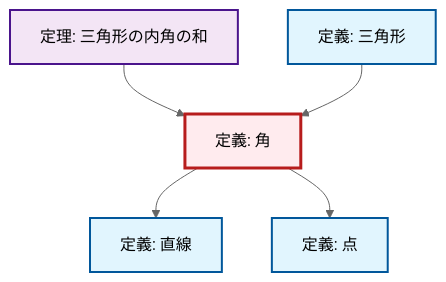
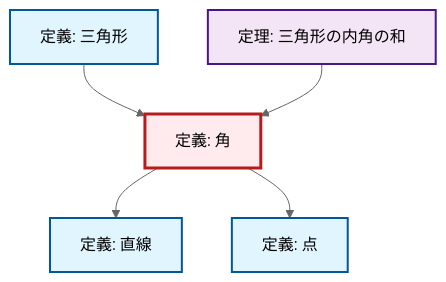
The diagram in content/ja/geometry/def-angle.qmd (RK0429/ModernMath), drawn with Mermaid (neutral theme) before and after one commit. The commit also changed 672 other files, not shown here.

````diff
--- a/content/ja/geometry/def-angle.qmd
+++ b/content/ja/geometry/def-angle.qmd
@@ -50,23 +50,23 @@
 ```{mermaid}
-%%| fig-cap: "Local dependency graph"
+%%| fig-cap: "ローカル依存関係グラフ"
 graph TD
     classDef definition fill:#e1f5fe,stroke:#01579b,stroke-width:2px
     classDef theorem fill:#f3e5f5,stroke:#4a148c,stroke-width:2px
     classDef axiom fill:#fff3e0,stroke:#e65100,stroke-width:2px
     classDef example fill:#e8f5e9,stroke:#1b5e20,stroke-width:2px
     classDef current fill:#ffebee,stroke:#b71c1c,stroke-width:3px
     def-triangle["定義: 三角形"]:::definition
+    def-line["定義: 直線"]:::definition
     def-angle["定義: 角"]:::definition
+    def-point["定義: 点"]:::definition
     thm-angle-sum-triangle["定理: 三角形の内角の和"]:::theorem
-    def-line["定義: 直線"]:::definition
-    def-point["定義: 点"]:::definition
-    thm-angle-sum-triangle --> def-angle
     def-angle --> def-line
     def-triangle --> def-angle
     def-angle --> def-point
+    thm-angle-sum-triangle --> def-angle
     class def-angle current
     click def-triangle "def-triangle.html" "三角形の定義へ"
-    click thm-angle-sum-triangle "thm-angle-sum-triangle.html" "三角形の内角の和の定理へ"
     click def-line "def-line.html" "直線の定義へ"
     click def-point "def-point.html" "点の定義へ"
+    click thm-angle-sum-triangle "thm-angle-sum-triangle.html" "三角形の内角の和の定理へ"
 ```
````
